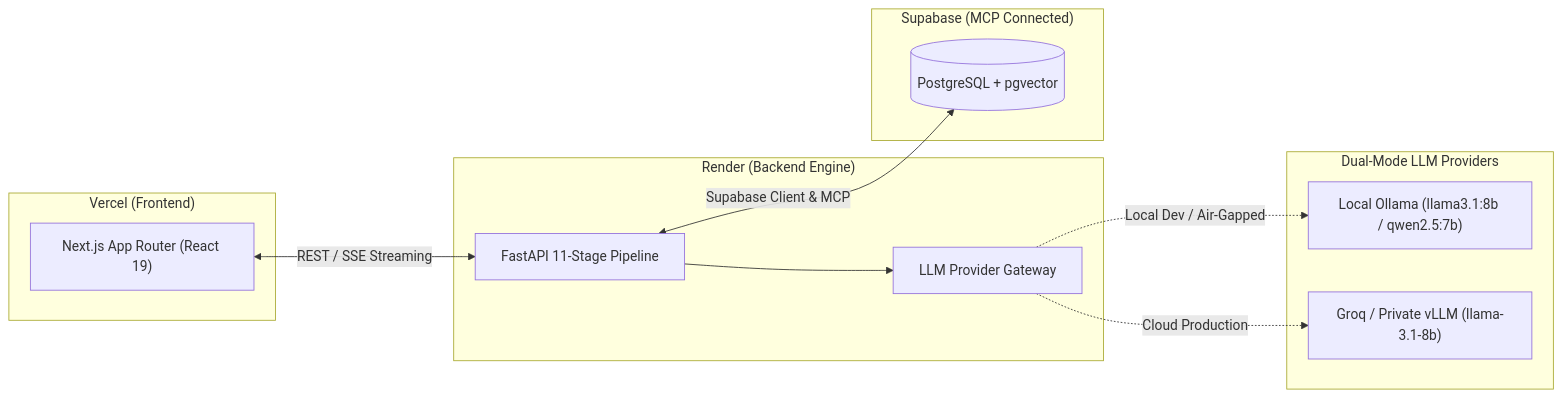
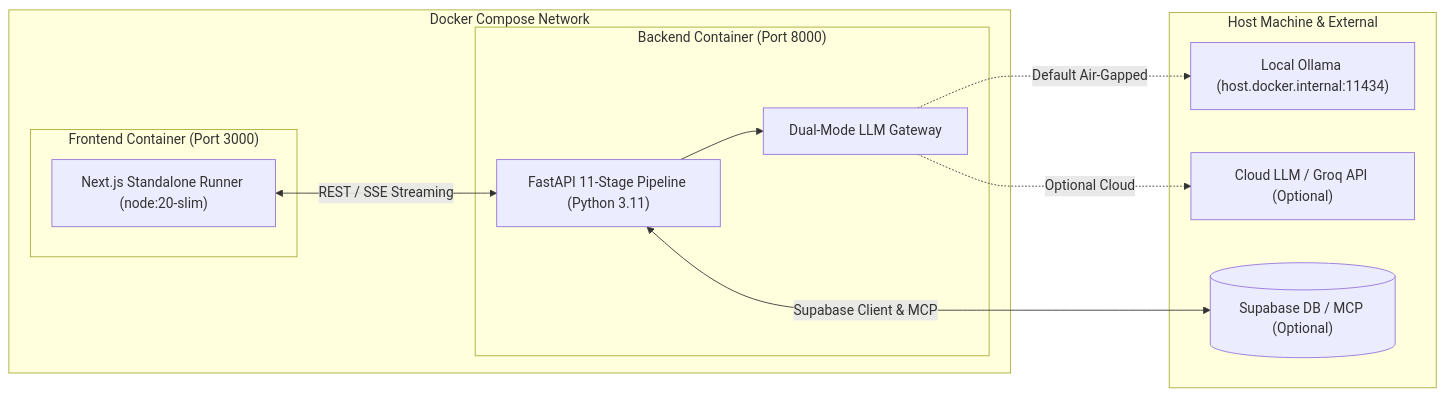
One commit to BalaajRaza/Techfusion-Hackathon changed the first of 3 diagrams in docs/incident_triage_implementation_plan.md. Above: the diagram before and after it, drawn with Mermaid. The commit also changed other lines of this file and 1 other file, not shown here.

First line of the commit message:
Improve Docker deployment configuration

````diff
--- a/docs/incident_triage_implementation_plan.md
+++ b/docs/incident_triage_implementation_plan.md
@@ -44,26 +45,25 @@
 ```mermaid
 flowchart LR
-    subgraph UI ["Vercel (Frontend)"]
-        A["Next.js App Router (React 19)"]
+    subgraph Docker ["Docker Compose Network"]
+        subgraph UI ["Frontend Container (Port 3000)"]
+            A["Next.js Standalone Runner (node:20-slim)"]
+        end
+        
+        subgraph Core ["Backend Container (Port 8000)"]
+            B["FastAPI 11-Stage Pipeline (Python 3.11)"]
+            C["Dual-Mode LLM Gateway"]
+        end
     end
-    
-    subgraph Core ["Render (Backend Engine)"]
-        B["FastAPI 11-Stage Pipeline"]
-        C["LLM Provider Gateway"]
-    end
-    
-    subgraph DB ["Supabase (MCP Connected)"]
-        D[("PostgreSQL + pgvector")]
-    end
-    
-    subgraph Models ["Dual-Mode LLM Providers"]
-        M1["Local Ollama (llama3.1:8b / qwen2.5:7b)"]
-        M2["Groq / Private vLLM (llama-3.1-8b)"]
+
+    subgraph Host ["Host Machine & External"]
+        M1["Local Ollama (host.docker.internal:11434)"]
+        M2["Cloud LLM / Groq API (Optional)"]
+        D[("Supabase DB / MCP (Optional)")]
     end
 
     A <-->|REST / SSE Streaming| B
     B <-->|Supabase Client & MCP| D
     B --> C
-    C -.->|Local Dev / Air-Gapped| M1
-    C -.->|Cloud Production| M2
+    C -.->|Default Air-Gapped| M1
+    C -.->|Optional Cloud| M2
 ```
````
